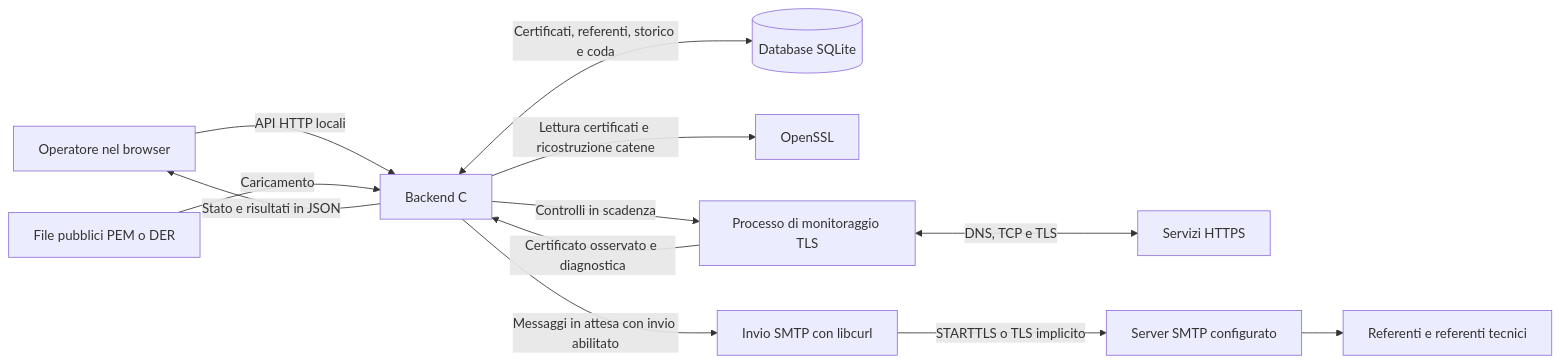
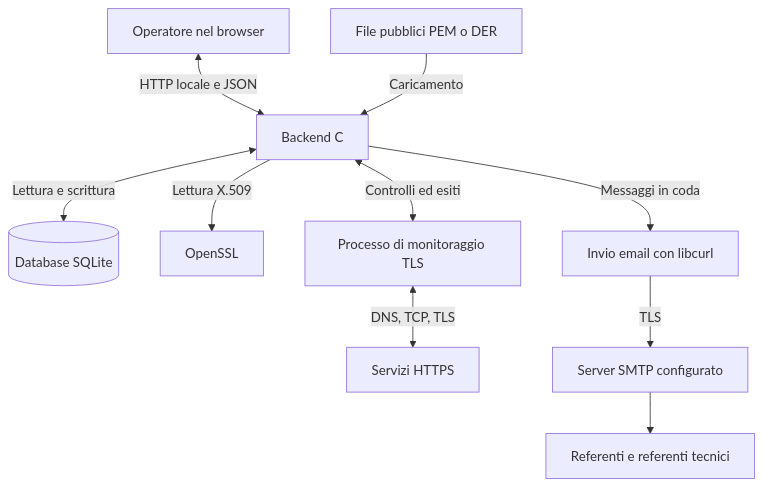
The first of 2 diagrams in docs/WORKFLOW.it.md (GiorgioOppo/Certificate-Manager), drawn with Mermaid before and after one commit. The commit also changed other lines of this file and 2 other files, not shown here.

Commit message:
Improve workflow diagram readability on GitHub

````diff
--- a/docs/WORKFLOW.it.md
+++ b/docs/WORKFLOW.it.md
@@ -9,14 +9,12 @@
 ```mermaid
-flowchart LR
-    User["Operatore nel browser"] -->|API HTTP locali| Backend["Backend C"]
-    Backend -->|Stato e risultati in JSON| User
+flowchart TD
+    User["Operatore nel browser"] <-->|HTTP locale e JSON| Backend["Backend C"]
     Files["File pubblici PEM o DER"] -->|Caricamento| Backend
-    Backend <-->|Certificati, referenti, storico e coda| DB[("Database SQLite")]
-    Backend -->|Lettura certificati e ricostruzione catene| X509["OpenSSL"]
-    Backend -->|Controlli in scadenza| Monitor["Processo di monitoraggio TLS"]
-    Monitor <-->|DNS, TCP e TLS| Services["Servizi HTTPS"]
-    Monitor -->|Certificato osservato e diagnostica| Backend
-    Backend -->|Messaggi in attesa con invio abilitato| Mail["Invio SMTP con libcurl"]
-    Mail -->|STARTTLS o TLS implicito| SMTP["Server SMTP configurato"]
+    Backend <-->|Lettura e scrittura| DB[("Database SQLite")]
+    Backend -->|Lettura X.509| X509["OpenSSL"]
+    Backend <-->|Controlli ed esiti| Monitor["Processo di monitoraggio TLS"]
+    Monitor <-->|DNS, TCP, TLS| Services["Servizi HTTPS"]
+    Backend -->|Messaggi in coda| Mail["Invio email con libcurl"]
+    Mail -->|TLS| SMTP["Server SMTP configurato"]
     SMTP --> Contacts["Referenti e referenti tecnici"]
 ```
````
